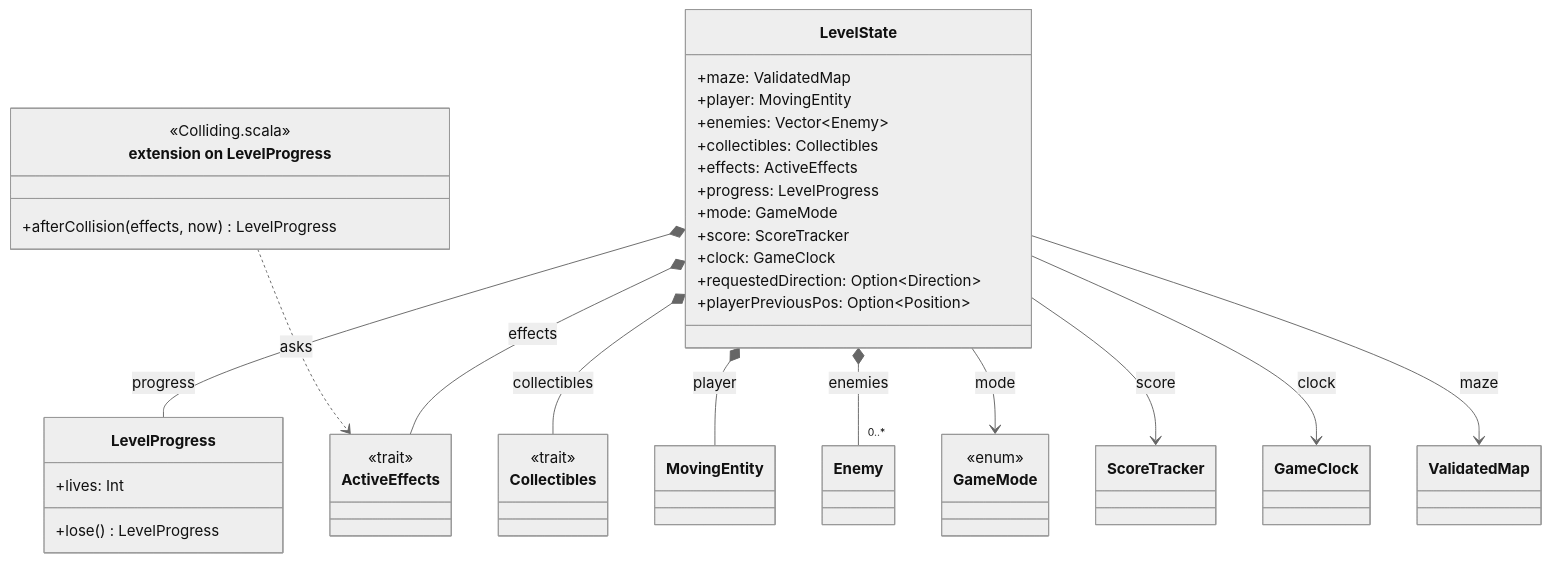
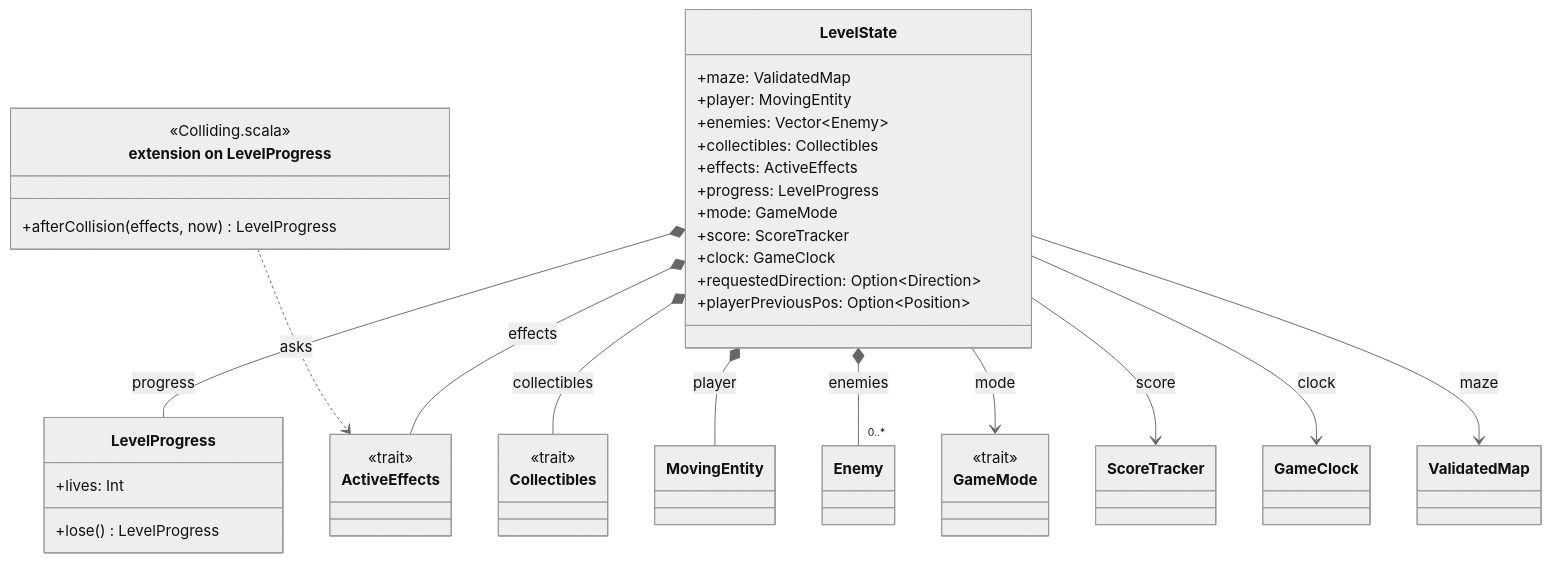
The diagram in docs/uml/LevelDiagram.mmd (PPS-25/PPS-25-scala-man), drawn with Mermaid before and after one commit. The commit also changed 9 other files, not shown here.

```diff
--- a/docs/uml/LevelDiagram.mmd
+++ b/docs/uml/LevelDiagram.mmd
@@ -1,56 +1,56 @@
 %%{init: {"theme": "neutral"}}%%
 classDiagram
   direction TB
 
   class LevelState {
     +maze: ValidatedMap
     +player: MovingEntity
     +enemies: Vector~Enemy~
     +collectibles: Collectibles
     +effects: ActiveEffects
     +progress: LevelProgress
     +mode: GameMode
     +score: ScoreTracker
     +clock: GameClock
     +requestedDirection: Option~Direction~
     +playerPreviousPos: Option~Position~
   }
 
   class LevelProgress {
     +lives: Int
     +lose() LevelProgress
   }
 
   class Colliding["extension on LevelProgress"] {
     <<Colliding.scala>>
     +afterCollision(effects, now) LevelProgress
   }
 
   class Collectibles {
     <<trait>>
   }
 
   class ActiveEffects {
     <<trait>>
   }
 
   class GameMode {
-    <<enum>>
+    <<trait>>
   }
 
   class ScoreTracker
   class GameClock
   class MovingEntity
   class Enemy
   class ValidatedMap
 
   LevelState *-- LevelProgress : progress
   LevelState *-- Collectibles : collectibles
   LevelState *-- ActiveEffects : effects
   LevelState *-- MovingEntity : player
   LevelState *-- "0..*" Enemy : enemies
   LevelState --> GameMode : mode
   LevelState --> ScoreTracker : score
   LevelState --> GameClock : clock
   LevelState --> ValidatedMap : maze
   Colliding ..> ActiveEffects : asks
```
